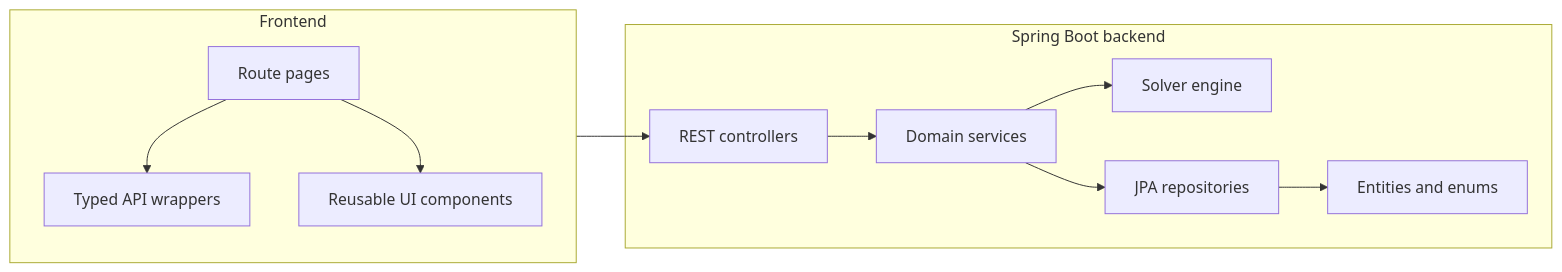
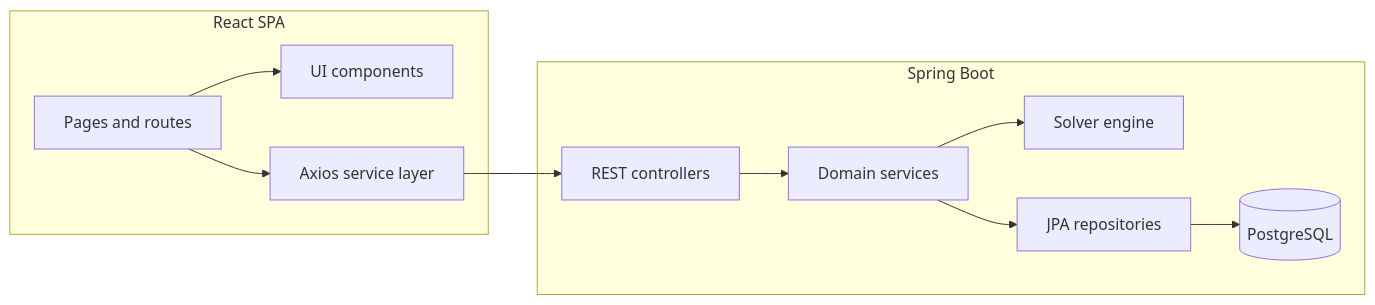
One commit to projectARARE/ARARE changed the first of 3 diagrams in README.md. Above: the diagram before and after it, drawn with Mermaid. The commit also changed other lines of this file, not shown here.

````diff
--- a/README.md
+++ b/README.md
@@ -51,24 +34,24 @@
 ```mermaid
 flowchart LR
-  subgraph UI[Frontend]
-    Pages[Route pages]
-    Components[Reusable UI components]
-    Api[Typed API wrappers]
-    Pages --> Api
-    Pages --> Components
+  subgraph Frontend[React SPA]
+    Pages[Pages and routes]
+    UI[UI components]
+    API[Axios service layer]
+    Pages --> API
+    Pages --> UI
   end
 
-  subgraph Server[Spring Boot backend]
+  subgraph Backend[Spring Boot]
     Controllers[REST controllers]
     Services[Domain services]
     Solver[Solver engine]
-    Repositories[JPA repositories]
-    Entities[Entities and enums]
+    Repos[JPA repositories]
+    DB[(PostgreSQL)]
     Controllers --> Services
     Services --> Solver
-    Services --> Repositories
-    Repositories --> Entities
+    Services --> Repos
+    Repos --> DB
   end
 
-  UI --> Controllers
+  API --> Controllers
 ```
````
